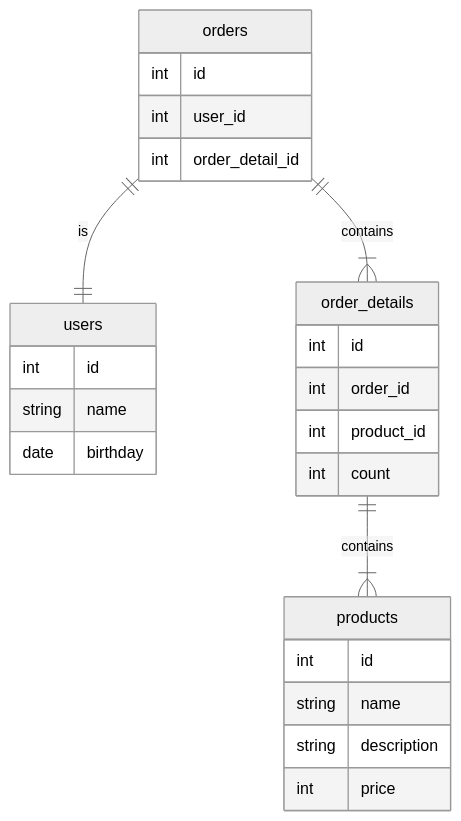
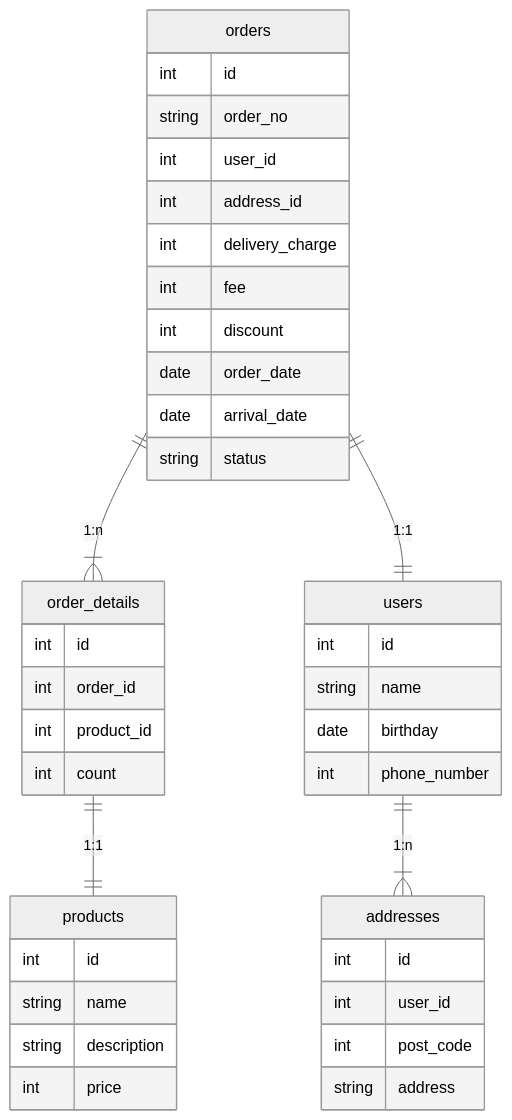
The diagram in architecture/er_diagram.md (SunHigh105/laravel-api-practice), drawn with Mermaid (neutral theme) before and after one commit.

Commit message:
Modify ER diagram

````diff
--- a/architecture/er_diagram.md
+++ b/architecture/er_diagram.md
@@ -1,33 +1,49 @@
 ```mermaid
 erDiagram
 
 products {
   int id
   string name
   string description
   int price
 }
 
 users {
   int id
   string name
   date birthday
+  int phone_number
+}
+
+addresses {
+  int id
+  int user_id
+  int post_code
+  string address
 }
 
 orders {
   int id
+  string order_no
   int user_id
-  int order_detail_id
+  int address_id
+  int delivery_charge
+  int fee
+  int discount
+  date order_date
+  date arrival_date
+  string status
 }
 
 order_details {
   int id
   int order_id
   int product_id
   int count
 }
 
-orders ||--|{ order_details: contains
-orders ||--|| users: is
-order_details ||--|{ products: contains
+orders ||--|{ order_details: "1:n"
+orders ||--|| users: "1:1"
+users ||--|{ addresses: "1:n"
+order_details ||--|| products: "1:1"
 ```
````
